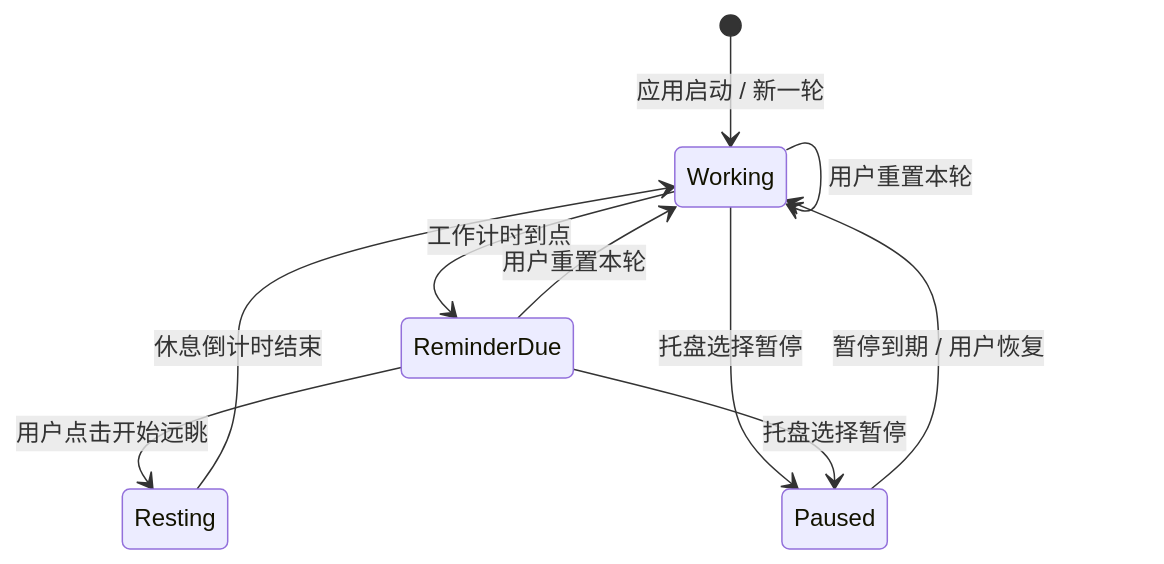
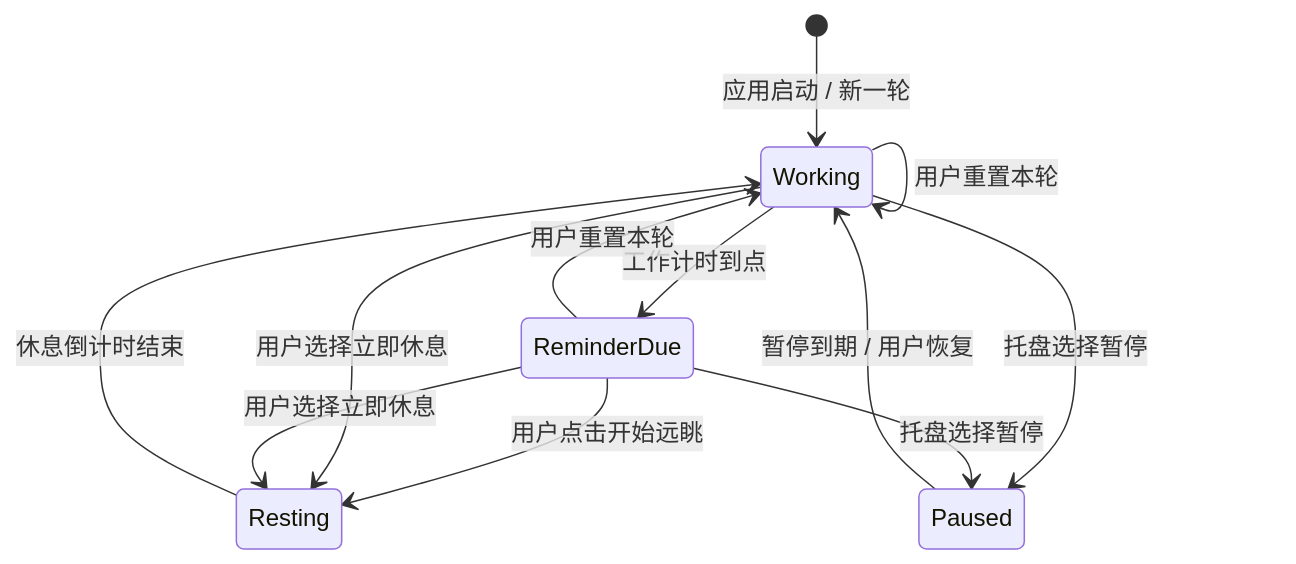
The diagram in docs/PROJECT_PLAN.md (pyd966/TiaoKe), drawn with Mermaid before and after one commit. The commit also changed other lines of this file and 22 other files, not shown here.

````diff
--- a/docs/PROJECT_PLAN.md
+++ b/docs/PROJECT_PLAN.md
@@ -64,12 +65,14 @@
 ```mermaid
 stateDiagram-v2
     [*] --> Working: 应用启动 / 新一轮
     Working --> ReminderDue: 工作计时到点
     ReminderDue --> Resting: 用户点击开始远眺
+    Working --> Resting: 用户选择立即休息
+    ReminderDue --> Resting: 用户选择立即休息
     Resting --> Working: 休息倒计时结束
     Working --> Paused: 托盘选择暂停
     ReminderDue --> Paused: 托盘选择暂停
     Paused --> Working: 暂停到期 / 用户恢复
     Working --> Working: 用户重置本轮
     ReminderDue --> Working: 用户重置本轮
 ```
````
